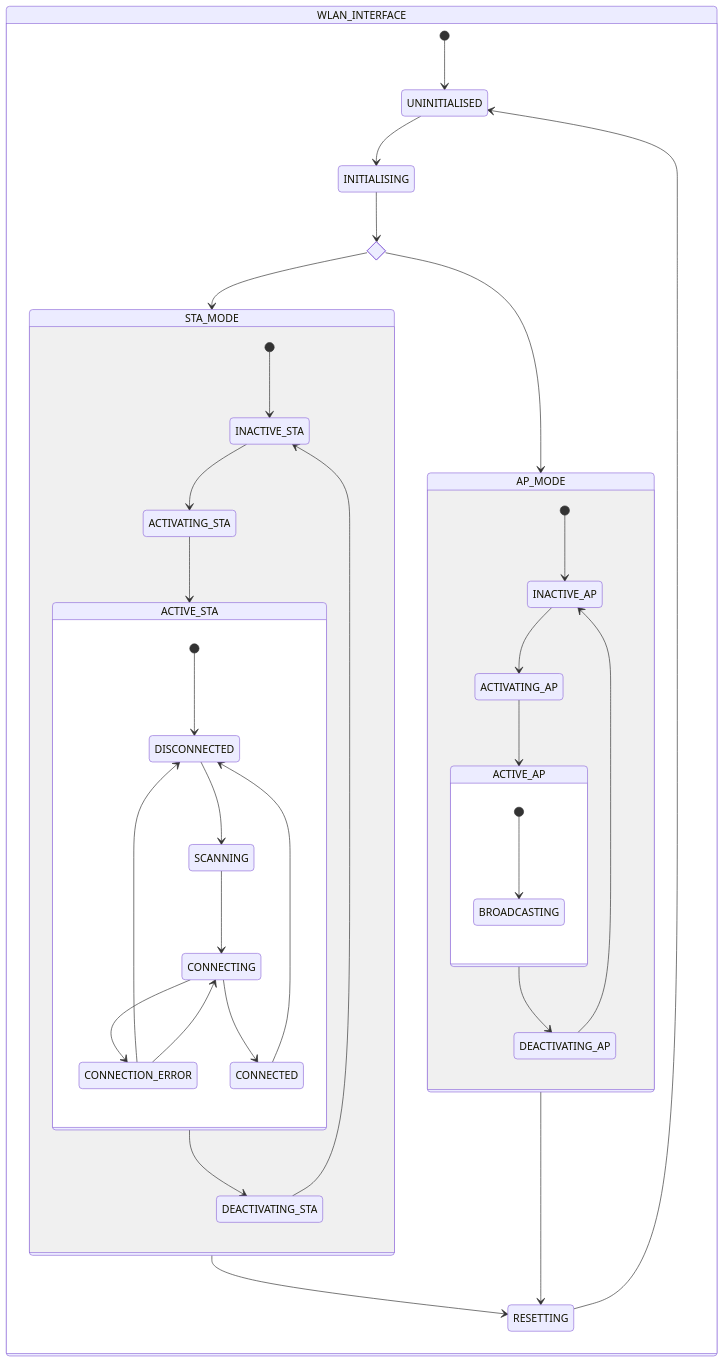
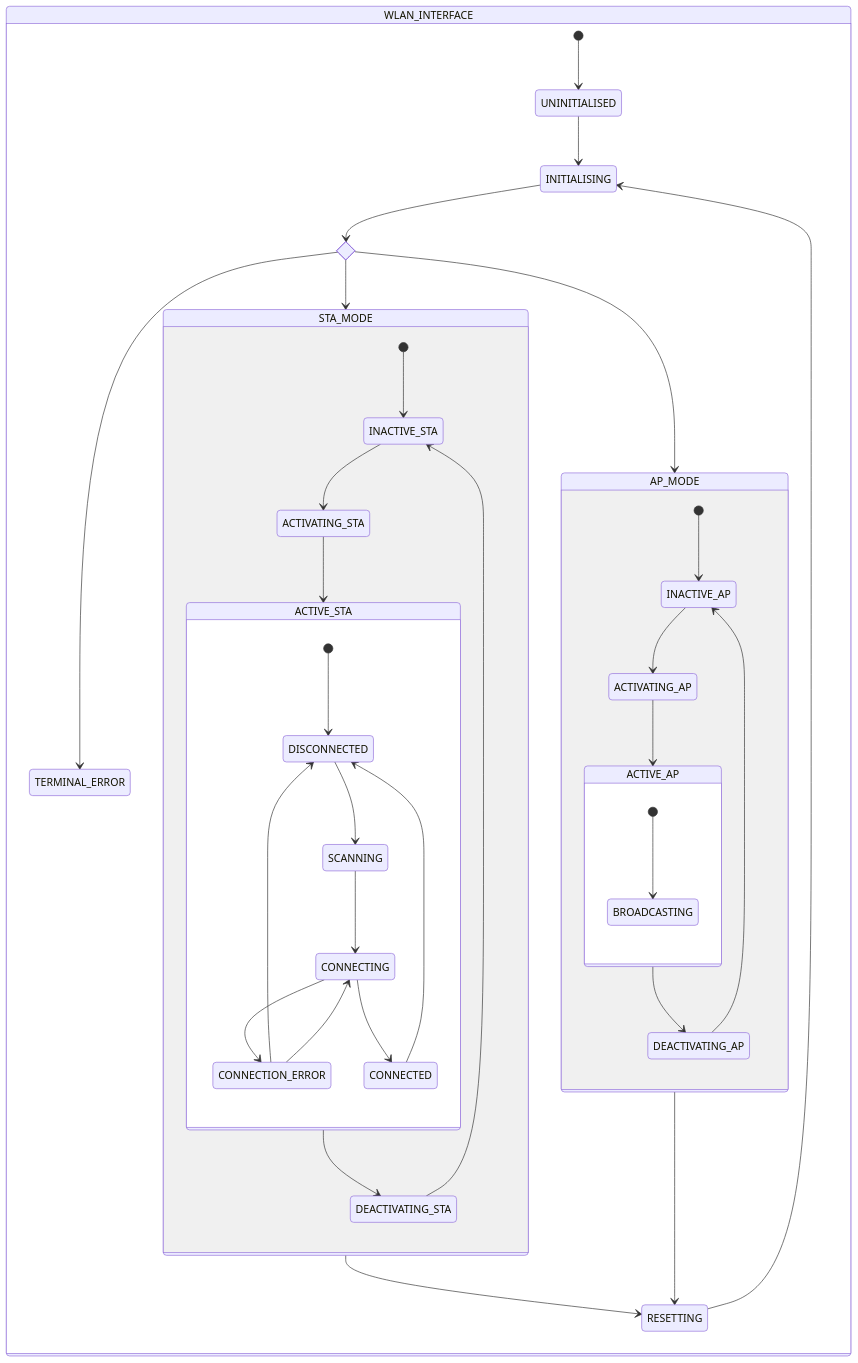
The second of 2 diagrams in README.md (andyrids/micropython-networkutils), drawn with Mermaid before and after one commit. The commit also changed 2 other files, not shown here.

Commit message:
feat: add state machine classes and logic

````diff
--- a/README.md
+++ b/README.md
@@ -26,51 +26,49 @@
 ```mermaid
 stateDiagram-v2
   direction TB
   state WLAN_INTERFACE {
     direction TB
     [*] --> UNINITIALISED
     state WLAN_MODE <<choice>>
 
     UNINITIALISED --> INITIALISING
     INITIALISING --> WLAN_MODE
+    WLAN_MODE --> TERMINAL_ERROR
     WLAN_MODE --> AP_MODE
     WLAN_MODE --> STA_MODE
     STA_MODE --> RESETTING
     AP_MODE --> RESETTING
-    RESETTING --> UNINITIALISED
+    RESETTING --> INITIALISING
 
     state AP_MODE {
       direction TB
       [*] --> INACTIVE_AP
       INACTIVE_AP --> ACTIVATING_AP
       ACTIVATING_AP --> ACTIVE_AP
       ACTIVE_AP --> DEACTIVATING_AP
       DEACTIVATING_AP --> INACTIVE_AP
       state ACTIVE_AP {
         direction TB
         [*] --> BROADCASTING
       }
     }
     state STA_MODE {
       direction TB
       [*] --> INACTIVE_STA
       INACTIVE_STA --> ACTIVATING_STA
       ACTIVATING_STA --> ACTIVE_STA
       ACTIVE_STA --> DEACTIVATING_STA
       DEACTIVATING_STA --> INACTIVE_STA
       state ACTIVE_STA {
         [*] --> DISCONNECTED
         DISCONNECTED --> SCANNING
         SCANNING --> CONNECTING
         CONNECTING --> CONNECTION_ERROR
         CONNECTION_ERROR --> DISCONNECTED
         CONNECTION_ERROR --> CONNECTING
         CONNECTING --> CONNECTED
         CONNECTED --> DISCONNECTED
-        SCANNING
-        CONNECTING
-        CONNECTED
       }
     }
   }
 ```
````
